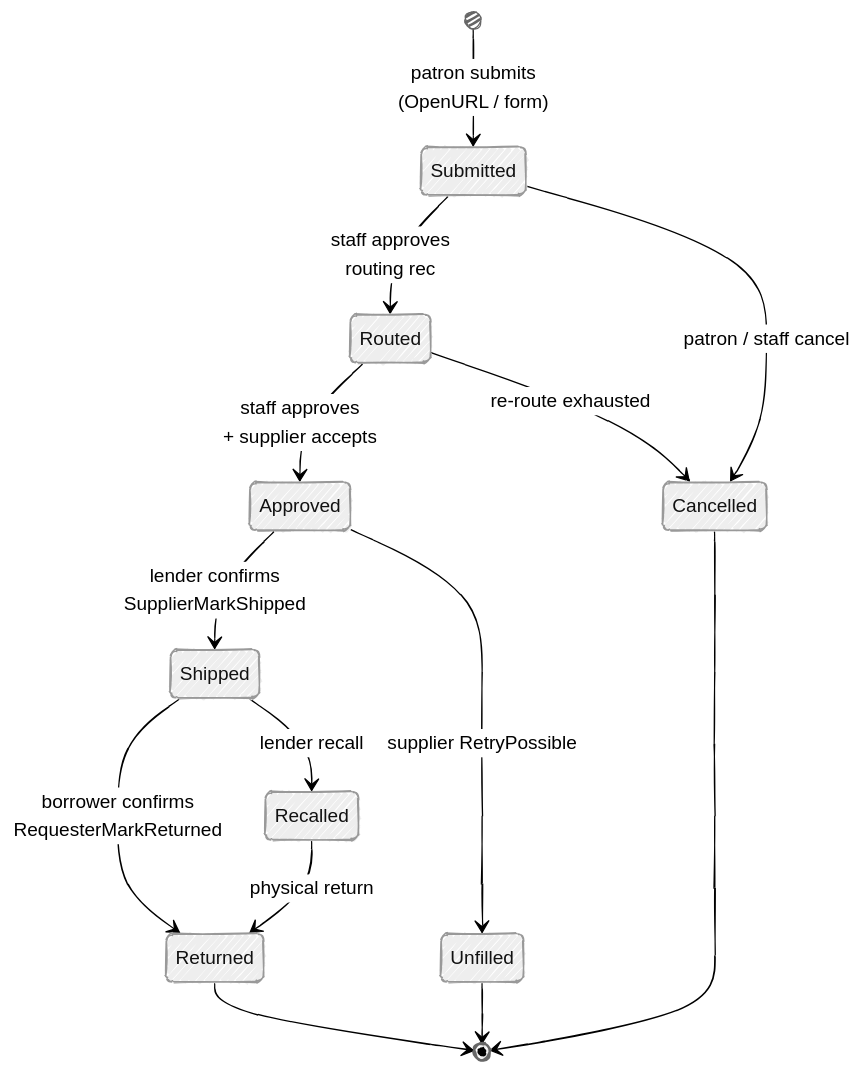
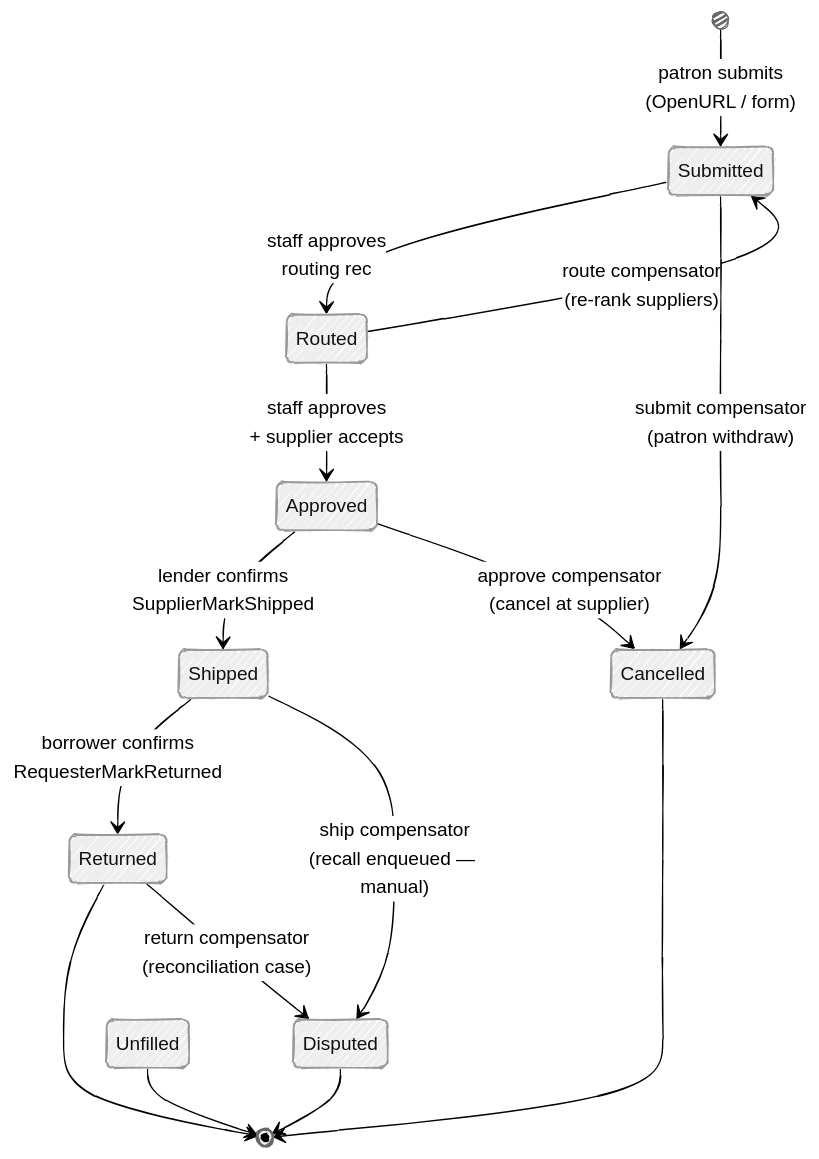
The second of 5 diagrams in docs/architecture.md (gmanch94/agora), drawn with Mermaid before and after one commit. The commit also changed other lines of this file, not shown here.

First line of the commit message:
Architecture diagram drift fix (2026-05-02)

````diff
--- a/docs/architecture.md
+++ b/docs/architecture.md
@@ -72,22 +74,23 @@
 ```mermaid
 ---
 config:
   look: handDrawn
   theme: neutral
 ---
 stateDiagram-v2
     [*] --> Submitted: patron submits<br/>(OpenURL / form)
     Submitted --> Routed: staff approves<br/>routing rec
     Routed --> Approved: staff approves<br/>+ supplier accepts
     Approved --> Shipped: lender confirms<br/>SupplierMarkShipped
     Shipped --> Returned: borrower confirms<br/>RequesterMarkReturned
     Returned --> [*]
 
-    Submitted --> Cancelled: patron / staff cancel
-    Routed --> Cancelled: re-route exhausted
-    Approved --> Unfilled: supplier RetryPossible
-    Shipped --> Recalled: lender recall
+    Submitted --> Cancelled: submit compensator<br/>(patron withdraw)
+    Routed --> Submitted: route compensator<br/>(re-rank suppliers)
+    Approved --> Cancelled: approve compensator<br/>(cancel at supplier)
+    Shipped --> Disputed: ship compensator<br/>(recall enqueued — manual)
+    Returned --> Disputed: return compensator<br/>(reconciliation case)
     Cancelled --> [*]
     Unfilled --> [*]
-    Recalled --> Returned: physical return
+    Disputed --> [*]
 ```
````
